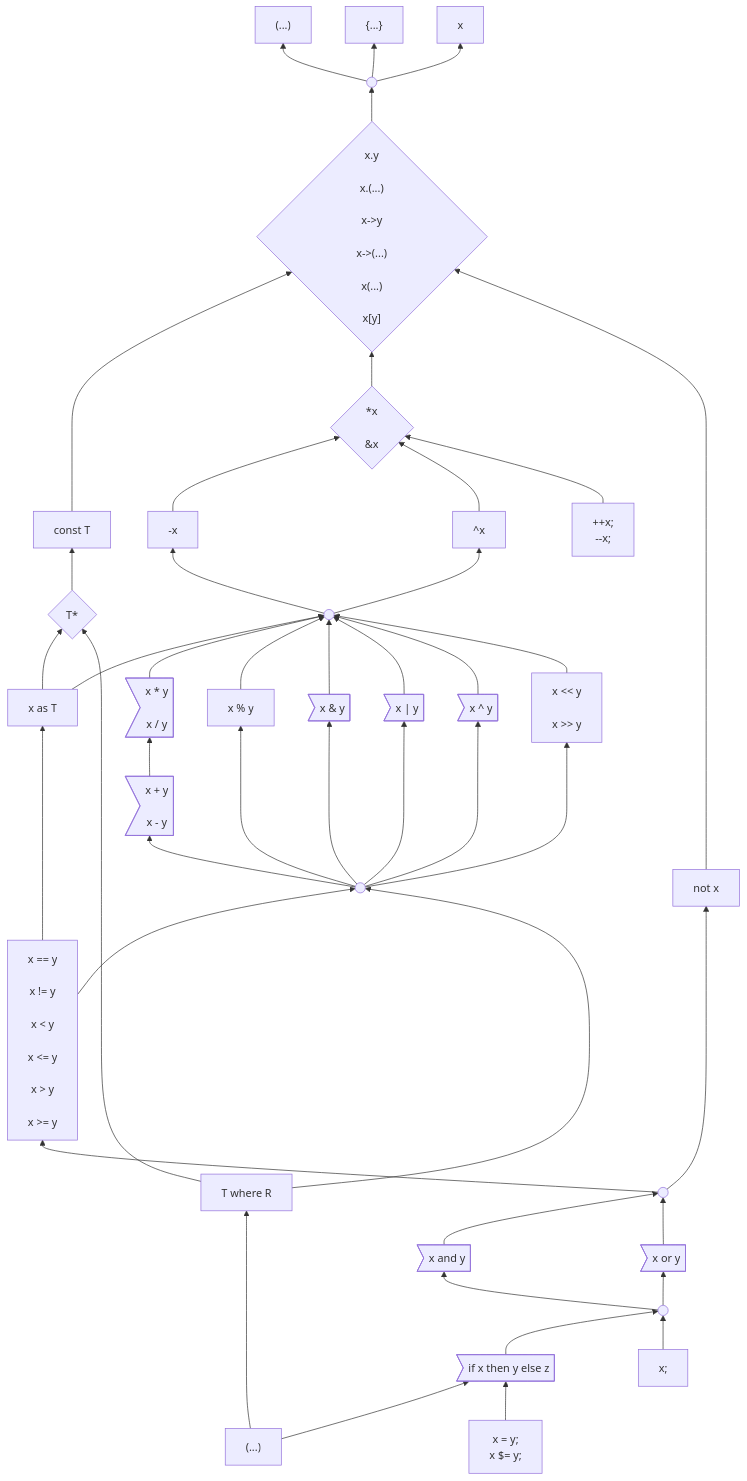
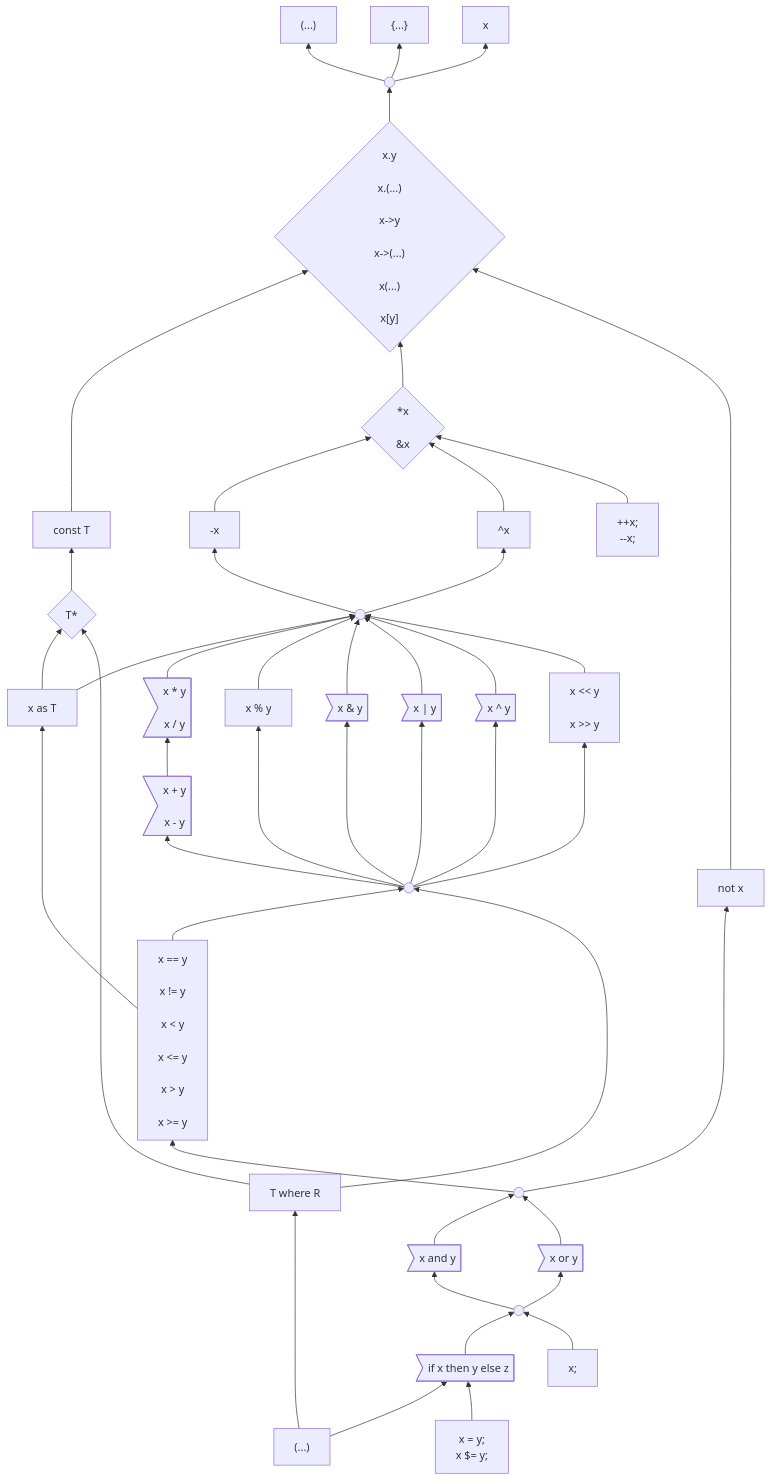
One commit to carbon-language/carbon-lang changed the first of 3 diagrams in docs/design/expressions/README.md. Above: the diagram before and after it, drawn with Mermaid.

Commit message:
Checkpoint progress.

````diff
--- a/docs/design/expressions/README.md
+++ b/docs/design/expressions/README.md
@@ -179,4 +179,5 @@
     if & expressionStatement --> logicalExpression
     insideParens & assignment --> if
     insideParens ----> where
+    comparison ~~~ not
 ```
````
